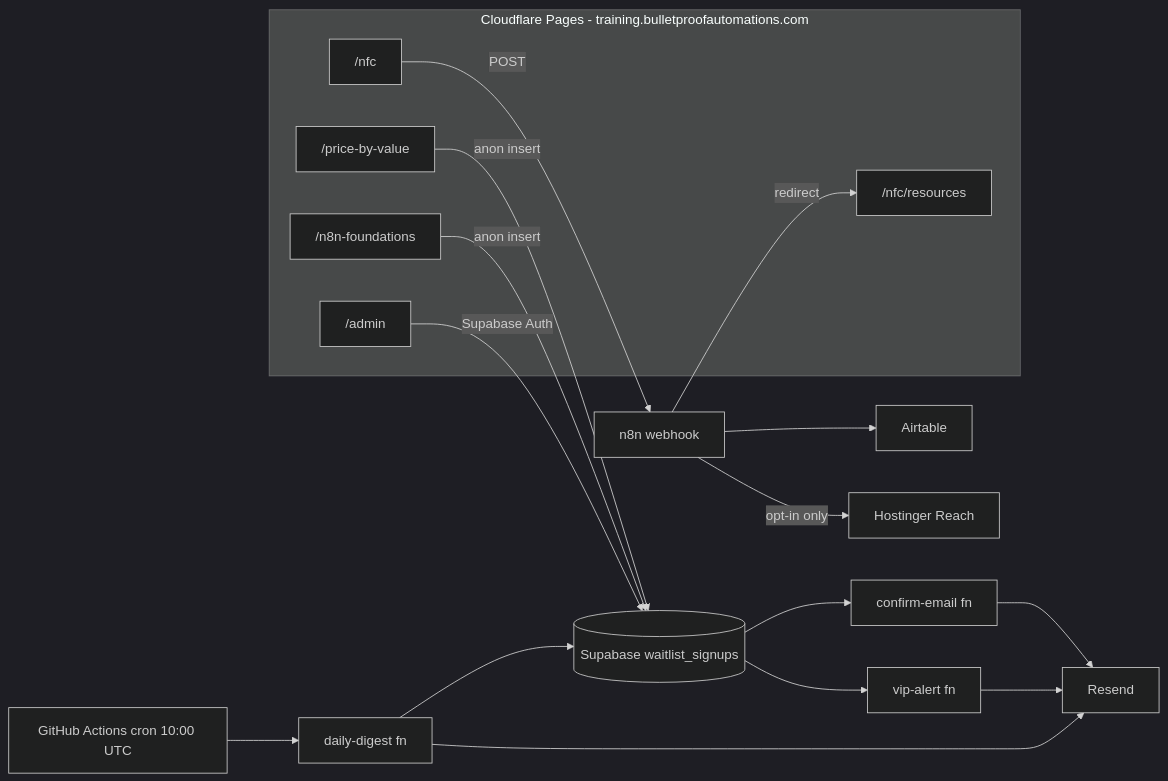
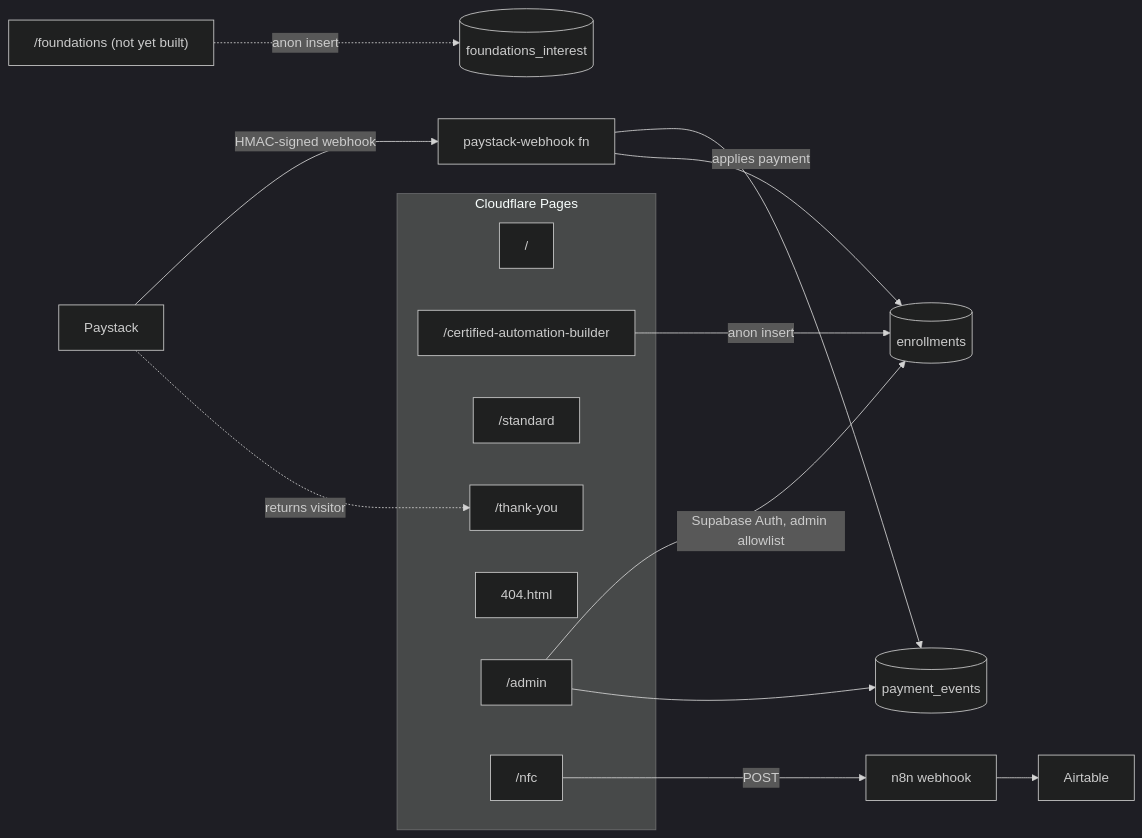
Before and after one commit to Exnav29/bulletproofautomations-training: the diagram in README.md, drawn with Mermaid (dark theme). The commit also changed other lines of this file and 4 other files, not shown here.

````diff
--- a/README.md
+++ b/README.md
@@ -15,20 +34,22 @@
 ```mermaid
 flowchart LR
-  subgraph STATIC_SITE [Cloudflare Pages - training.bulletproofautomations.com]
-    PBV["/price-by-value"]
-    N8NF["/n8n-foundations"]
-    NFC["/nfc"]
+  subgraph CF [Cloudflare Pages]
+    HOME["/"]
+    BCAB["/certified-automation-builder"]
+    STD["/standard"]
+    TY["/thank-you"]
+    E404["404.html"]
     ADMIN["/admin"]
-    RES["/nfc/resources"]
+    NFCP["/nfc"]
   end
-  PBV -->|anon insert| DB[(Supabase waitlist_signups)]
-  N8NF -->|anon insert| DB
-  DB --> CE[confirm-email fn] --> RESEND[Resend]
-  DB --> VA[vip-alert fn] --> RESEND
-  GHA[GitHub Actions cron 10:00 UTC] --> DD[daily-digest fn] --> RESEND
-  DD --> DB
-  ADMIN -->|Supabase Auth| DB
-  NFC -->|POST| N8N[n8n webhook] --> AT[Airtable]
-  N8N -->|opt-in only| HR[Hostinger Reach]
-  N8N -->|redirect| RES
+
+  BCAB -->|anon insert| ENR[(enrollments)]
+  FND["/foundations (not yet built)"] -.->|anon insert| FI[(foundations_interest)]
+  PS[Paystack] -->|HMAC-signed webhook| WH[paystack-webhook fn]
+  WH --> PE[(payment_events)]
+  WH -->|applies payment| ENR
+  PS -.->|returns visitor| TY
+  ADMIN -->|Supabase Auth, admin allowlist| ENR
+  ADMIN --> PE
+  NFCP -->|POST| N8N[n8n webhook] --> AT[Airtable]
 ```
````
